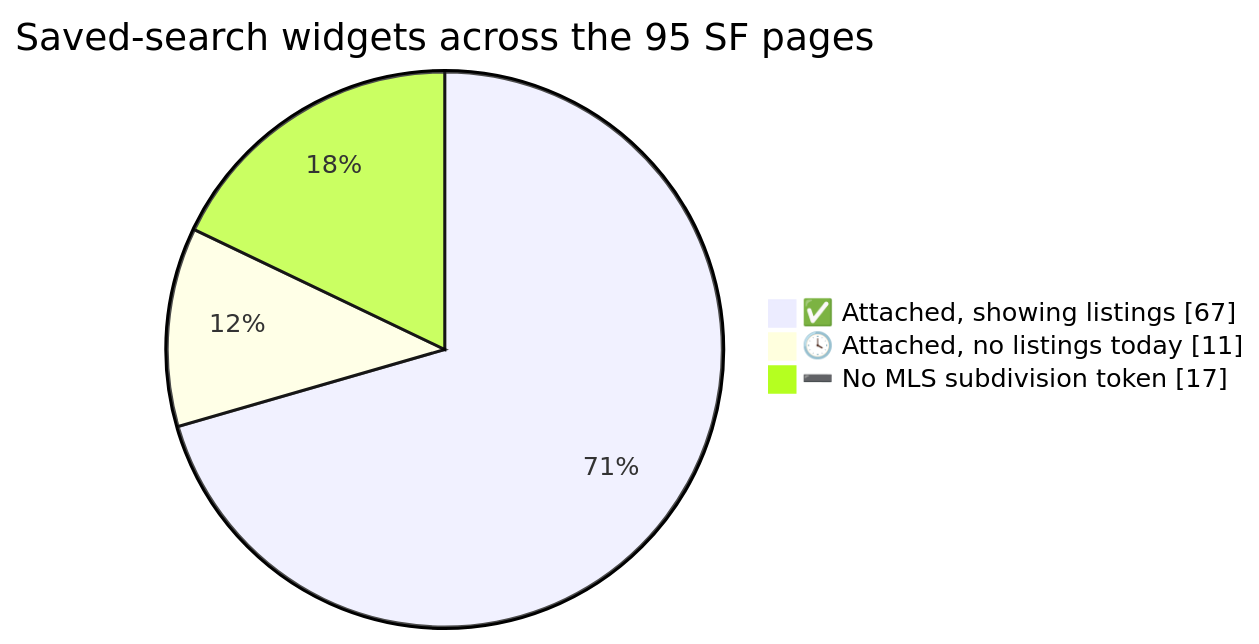
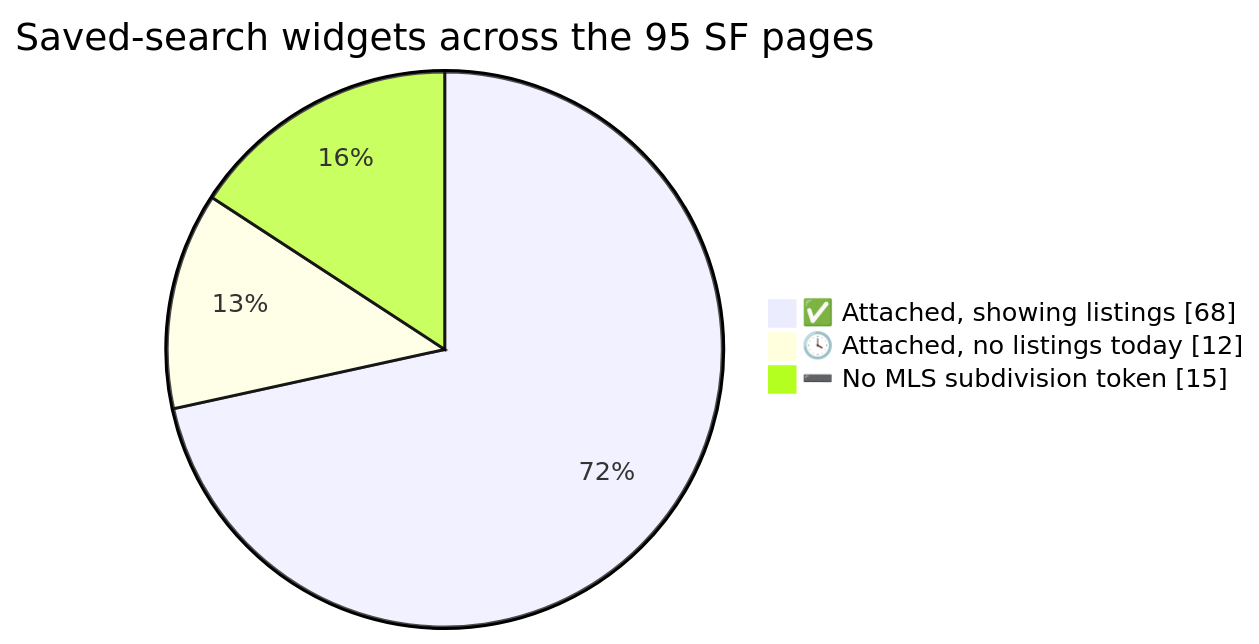
The third of 4 diagrams in README.md (jtcompass212/TheChenTeam), drawn with Mermaid before and after one commit. The commit also changed other lines of this file, not shown here.

````diff
--- a/README.md
+++ b/README.md
@@ -573,6 +573,6 @@
 ```mermaid
 pie showData title Saved-search widgets across the 95 SF pages
-    "✅ Attached, showing listings" : 67
-    "🕓 Attached, no listings today" : 11
-    "➖ No MLS subdivision token" : 17
+    "✅ Attached, showing listings" : 68
+    "🕓 Attached, no listings today" : 12
+    "➖ No MLS subdivision token" : 15
 ```
````
